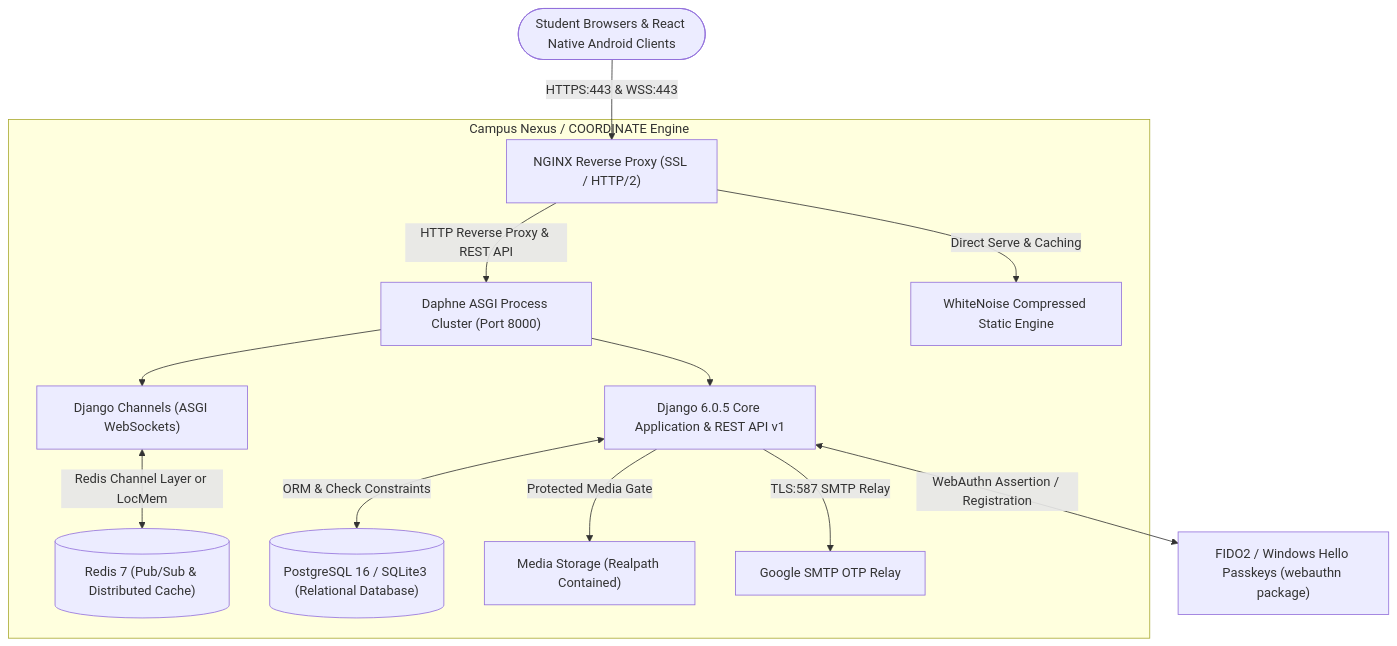
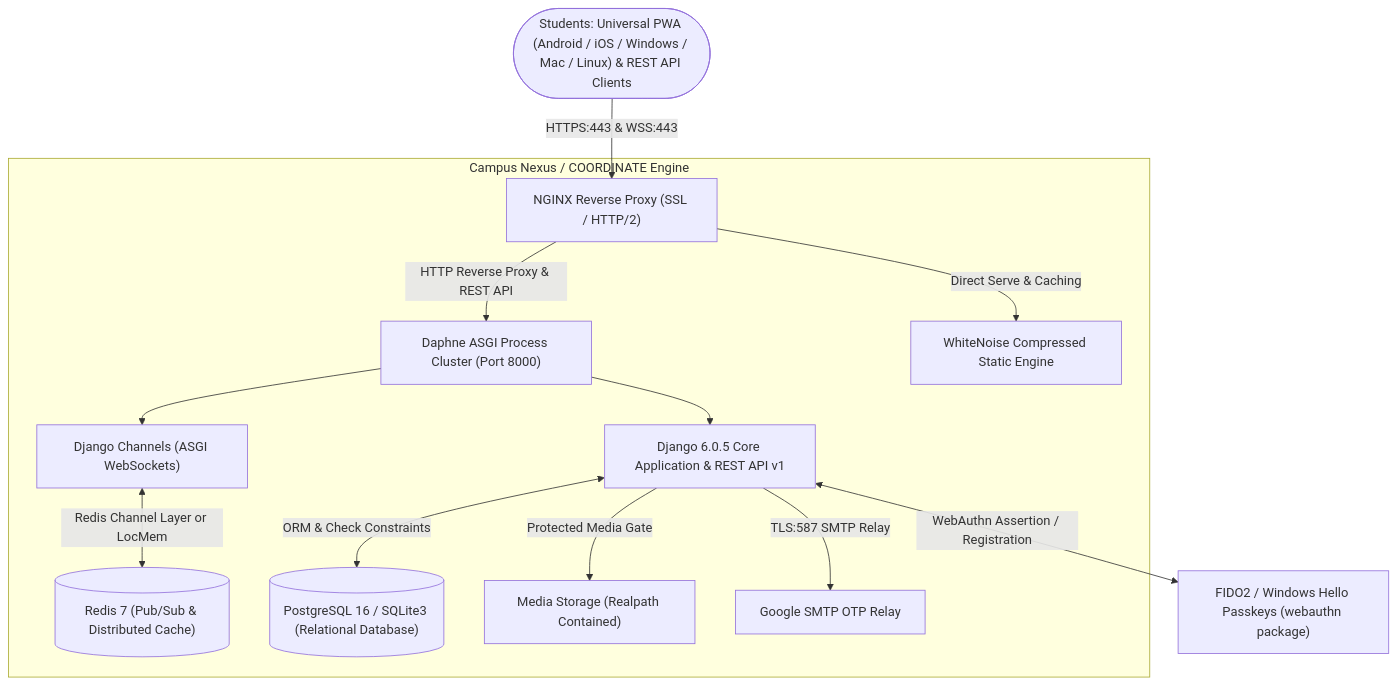
One commit to Abdus-Samad-Saiyed/Campus-Nexus changed the diagram in README.md. Above: the diagram before and after it, drawn with Mermaid. The commit also changed other lines of this file and 33 other files, not shown here.

First line of the commit message:
feat(pwa): adopt universal PWA architecture, remake sign-in UI, and update docs

````diff
--- a/README.md
+++ b/README.md
@@ -34,20 +34,20 @@
 ```mermaid
 flowchart TD
-    Client(["Student Browsers & React Native Android Clients"]) -->|HTTPS:443 & WSS:443| NGINX["NGINX Reverse Proxy (SSL / HTTP/2)"]
+    Client(["Students: Universal PWA (Android / iOS / Windows / Mac / Linux) & REST API Clients"]) -->|HTTPS:443 & WSS:443| NGINX["NGINX Reverse Proxy (SSL / HTTP/2)"]
     
     subgraph CorePlatform ["Campus Nexus / COORDINATE Engine"]
         NGINX -->|HTTP Reverse Proxy & REST API| Daphne["Daphne ASGI Process Cluster (Port 8000)"]
         NGINX -->|Direct Serve & Caching| WhiteNoise["WhiteNoise Compressed Static Engine"]
         
         Daphne --> Django["Django 6.0.5 Core Application & REST API v1"]
         Daphne --> Channels["Django Channels (ASGI WebSockets)"]
         
         Channels <-->|Redis Channel Layer or LocMem| Redis[("Redis 7 (Pub/Sub & Distributed Cache)")]
         Django <-->|ORM & Check Constraints| Postgres[("PostgreSQL 16 / SQLite3 (Relational Database)")]
         
         Django -->|Protected Media Gate| MediaStorage["Media Storage (Realpath Contained)"]
         Django -->|TLS:587 SMTP Relay| MailRelay["Google SMTP OTP Relay"]
     end
 
     Django <-->|WebAuthn Assertion / Registration| FIDO2["FIDO2 / Windows Hello Passkeys (webauthn package)"]
 ```
````
